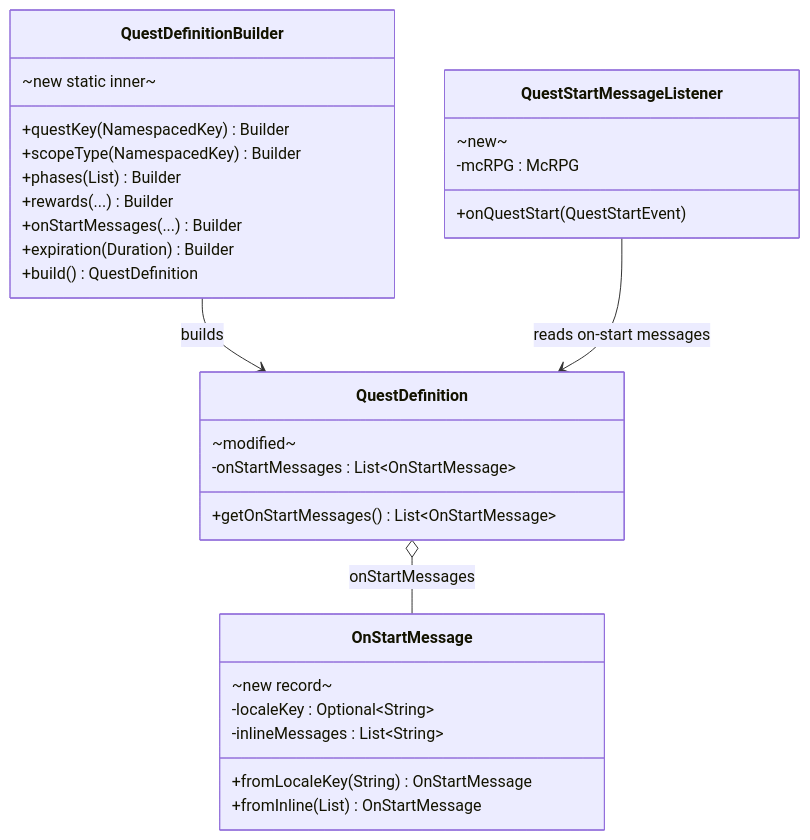
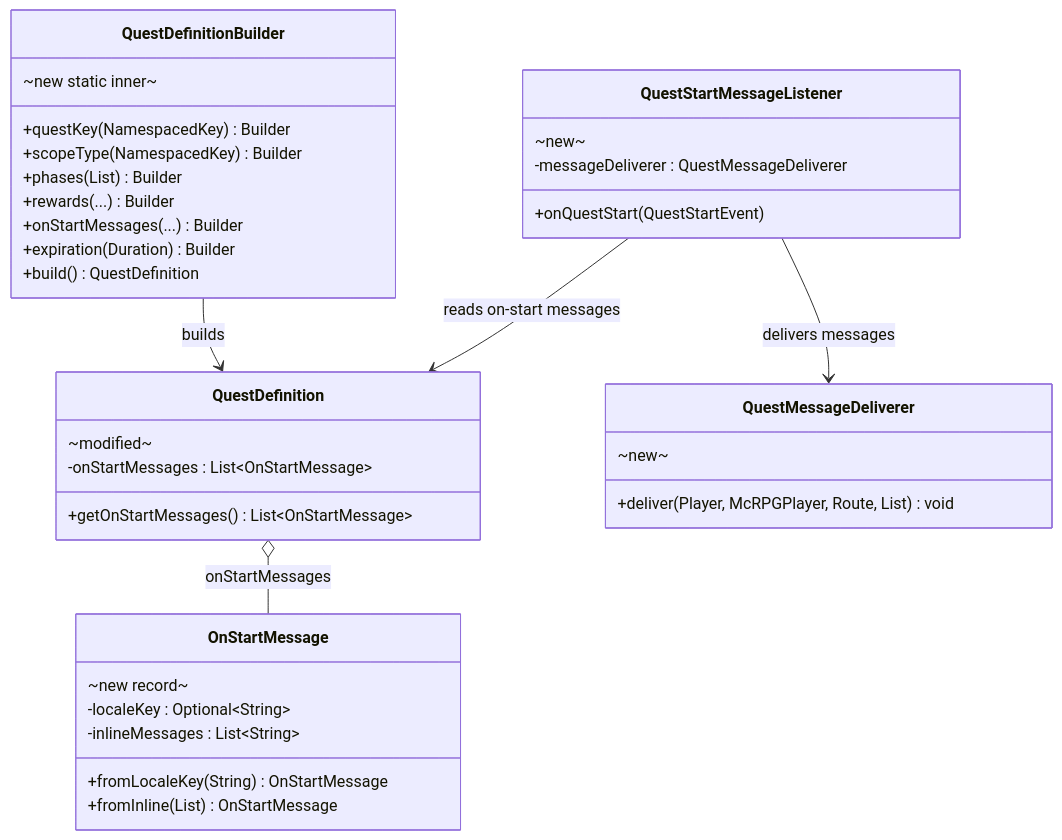
The fifth of 9 diagrams in docs/lld/tutorial-quest-system/phase-1-quest-engine-extensions.md (DiamondDagger590/McRPG), drawn with Mermaid before and after one commit. The commit also changed other lines of this file and 130 other files, not shown here.

````diff
--- a/docs/lld/tutorial-quest-system/phase-1-quest-engine-extensions.md
+++ b/docs/lld/tutorial-quest-system/phase-1-quest-engine-extensions.md
@@ -266,39 +264,45 @@
 ```mermaid
 classDiagram
     direction TB
 
     class OnStartMessage {
         ~new record~
         -localeKey : Optional~String~
         -inlineMessages : List~String~
         +fromLocaleKey(String) OnStartMessage
         +fromInline(List) OnStartMessage
     }
 
     class QuestDefinition {
         ~modified~
         -onStartMessages : List~OnStartMessage~
         +getOnStartMessages() List~OnStartMessage~
     }
 
     class QuestDefinitionBuilder {
         ~new static inner~
         +questKey(NamespacedKey) Builder
         +scopeType(NamespacedKey) Builder
         +phases(List) Builder
         +rewards(...) Builder
         +onStartMessages(...) Builder
         +expiration(Duration) Builder
         +build() QuestDefinition
     }
 
+    class QuestMessageDeliverer {
+        ~new~
+        +deliver(Player, McRPGPlayer, Route, List) void
+    }
+
     class QuestStartMessageListener {
         ~new~
-        -mcRPG : McRPG
+        -messageDeliverer : QuestMessageDeliverer
         +onQuestStart(QuestStartEvent)
     }
 
     QuestDefinitionBuilder --> QuestDefinition : builds
     QuestDefinition o-- OnStartMessage : onStartMessages
     QuestStartMessageListener --> QuestDefinition : reads on-start messages
+    QuestStartMessageListener --> QuestMessageDeliverer : delivers messages
 ```
````
